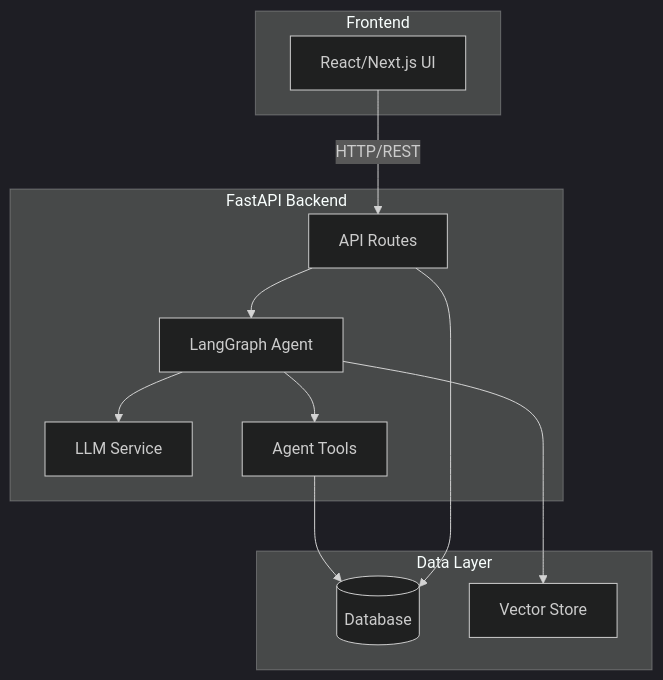
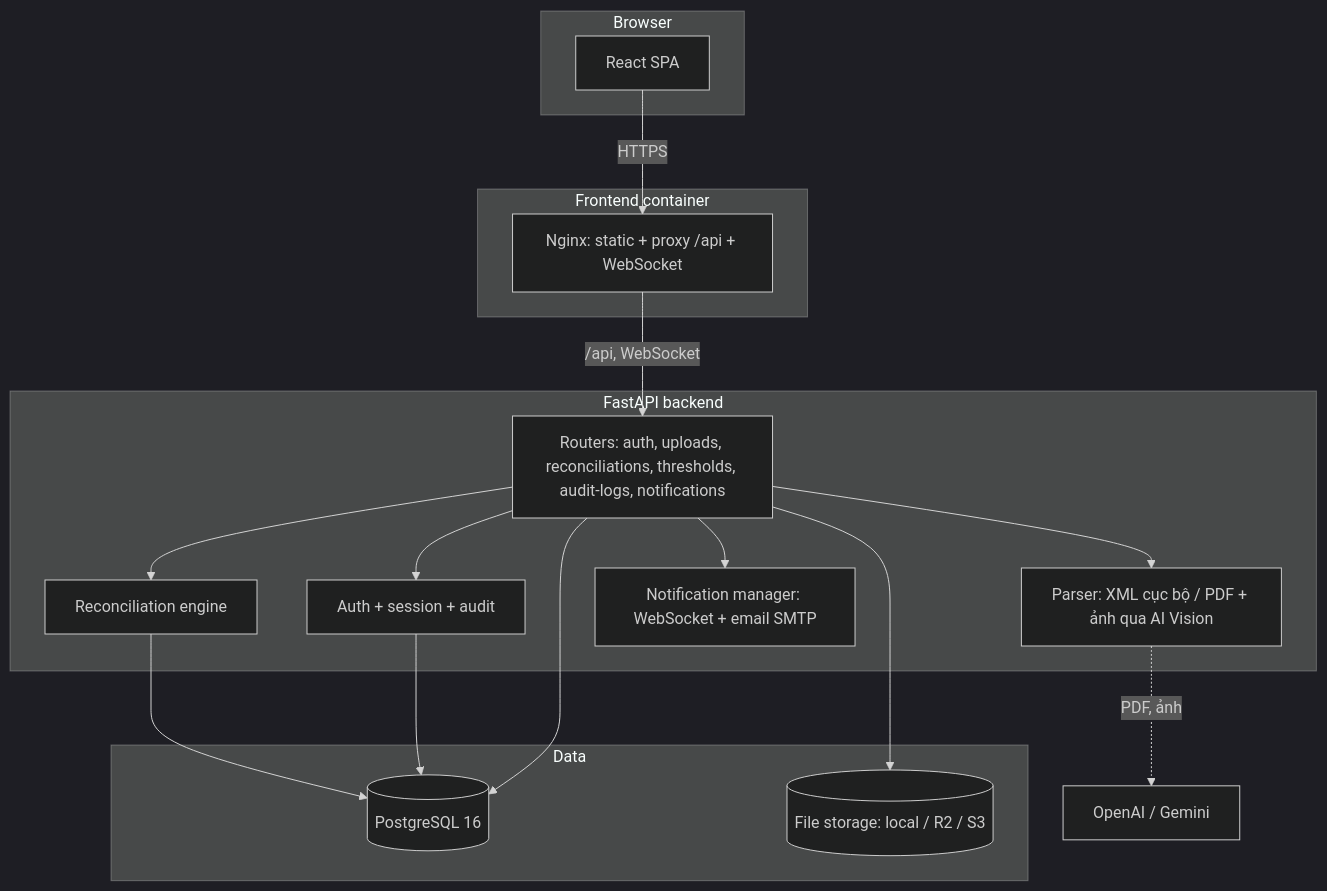
One commit to ChuThanhDung/web_thuctap changed the first of 2 diagrams in ARCHITECTURE.md. Above: the diagram before and after it, drawn with Mermaid (dark theme). The commit also changed other lines of this file and 4 other files, not shown here.

First line of the commit message:
docs: document architecture, deployment, backup and measured evaluation results

````diff
--- a/ARCHITECTURE.md
+++ b/ARCHITECTURE.md
@@ -9,26 +9,37 @@
 ```mermaid
 graph TB
-    subgraph Frontend
-        UI[React/Next.js UI]
+    subgraph Browser
+        SPA[React SPA]
     end
 
-    subgraph Backend[FastAPI Backend]
-        API[API Routes]
-        Agent[LangGraph Agent]
-        LLM[LLM Service]
-        Tools[Agent Tools]
+    subgraph Edge[Frontend container]
+        NGINX[Nginx: static + proxy /api + WebSocket]
     end
 
-    subgraph Data[Data Layer]
-        DB[(Database)]
-        Vector[Vector Store]
+    subgraph Backend[FastAPI backend]
+        API[Routers: auth, uploads, reconciliations, thresholds, audit-logs, notifications]
+        PARSE[Parser: XML cục bộ / PDF + ảnh qua AI Vision]
+        ENGINE[Reconciliation engine]
+        AUTHSVC[Auth + session + audit]
+        NOTIFY[Notification manager: WebSocket + email SMTP]
     end
 
-    UI -->|HTTP/REST| API
-    API --> Agent
-    Agent --> LLM
-    Agent --> Tools
-    Agent --> Vector
-    Tools --> DB
-    API --> DB
+    subgraph Data
+        PG[(PostgreSQL 16)]
+        OBJ[(File storage: local / R2 / S3)]
+    end
+
+    AI[OpenAI / Gemini]
+
+    SPA -->|HTTPS| NGINX
+    NGINX -->|/api, WebSocket| API
+    API --> PARSE
+    PARSE -.->|PDF, ảnh| AI
+    API --> ENGINE
+    API --> AUTHSVC
+    API --> NOTIFY
+    ENGINE --> PG
+    AUTHSVC --> PG
+    API --> PG
+    API --> OBJ
 ```
````
